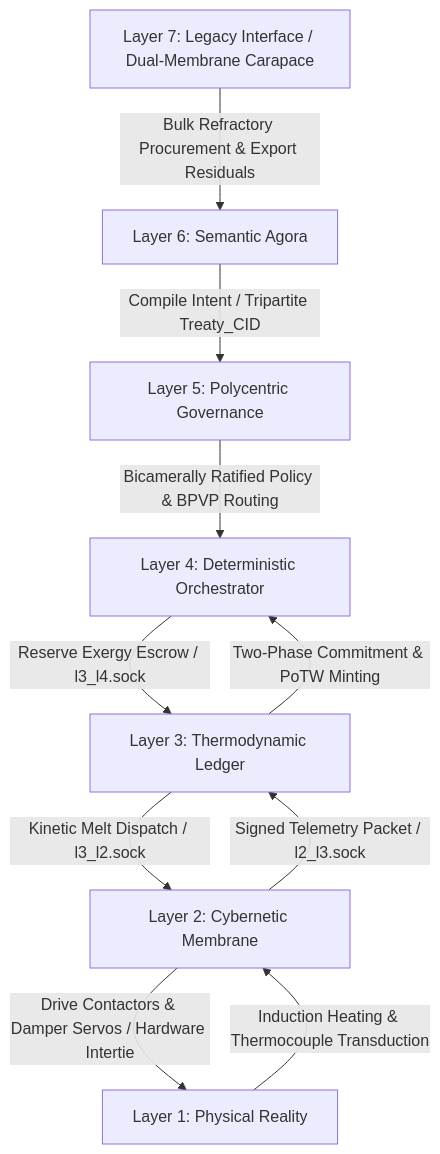
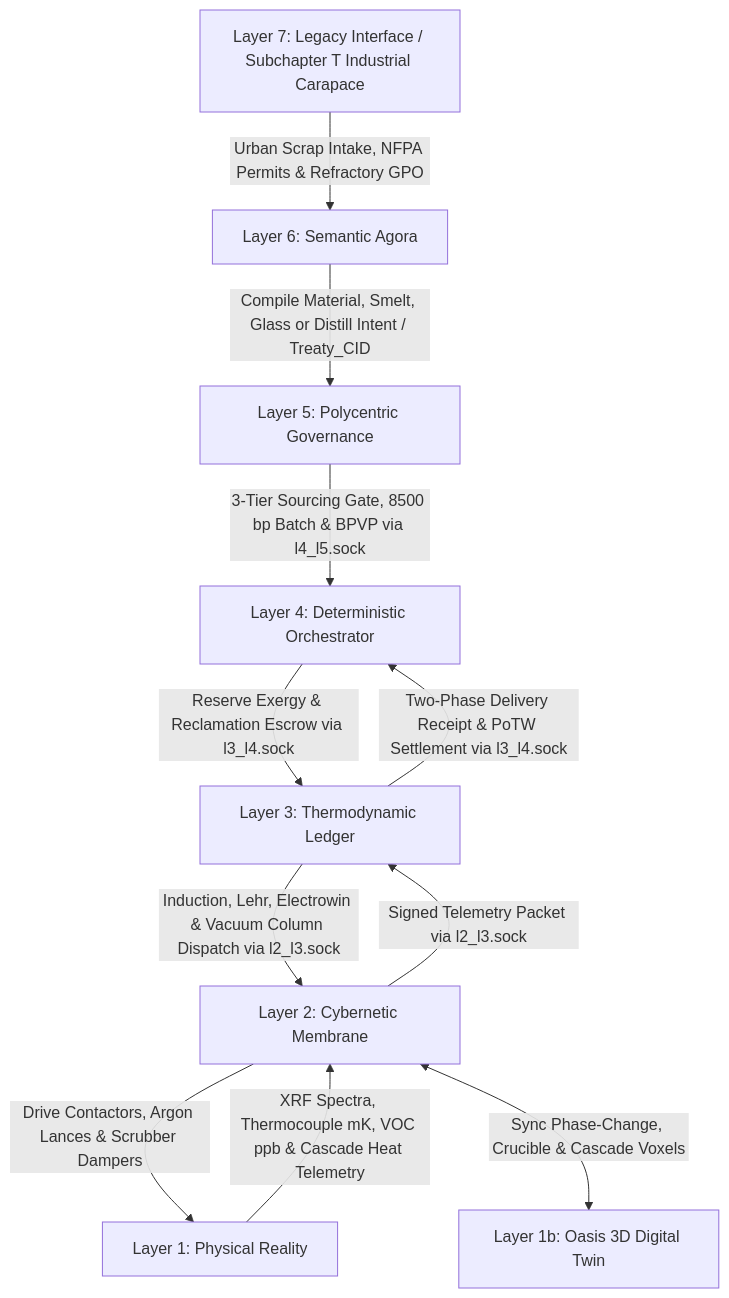
The first of 2 diagrams in docs/scenarios/theta_foundry.md (raffaine/collective), drawn with Mermaid before and after one commit. The commit also changed other lines of this file and 10 other files, not shown here.

````diff
--- a/docs/scenarios/theta_foundry.md
+++ b/docs/scenarios/theta_foundry.md
@@ -41,12 +109,13 @@
 ```mermaid
 graph TD
-    L7[Layer 7: Legacy Interface / Dual-Membrane Carapace] -->|Bulk Refractory Procurement & Export Residuals| L6[Layer 6: Semantic Agora]
-    L6 -->|Compile Intent / Tripartite Treaty_CID| L5[Layer 5: Polycentric Governance]
-    L5 -->|Bicamerally Ratified Policy & BPVP Routing| L4[Layer 4: Deterministic Orchestrator]
-    L4 -->|Reserve Exergy Escrow / l3_l4.sock| L3[Layer 3: Thermodynamic Ledger]
-    L3 -->|Kinetic Melt Dispatch / l3_l2.sock| L2[Layer 2: Cybernetic Membrane]
-    L2 -->|Drive Contactors & Damper Servos / Hardware Intertie| L1[Layer 1: Physical Reality]
-    L1 -->|Induction Heating & Thermocouple Transduction| L2
-    L2 -->|Signed Telemetry Packet / l2_l3.sock| L3
-    L3 -->|Two-Phase Commitment & PoTW Minting| L4
+    L7[Layer 7: Legacy Interface / Subchapter T Industrial Carapace] -->|Urban Scrap Intake, NFPA Permits & Refractory GPO| L6[Layer 6: Semantic Agora]
+    L6 -->|Compile Material, Smelt, Glass or Distill Intent / Treaty_CID| L5[Layer 5: Polycentric Governance]
+    L5 -->|3-Tier Sourcing Gate, 8500 bp Batch & BPVP via l4_l5.sock| L4[Layer 4: Deterministic Orchestrator]
+    L4 -->|Reserve Exergy & Reclamation Escrow via l3_l4.sock| L3[Layer 3: Thermodynamic Ledger]
+    L3 -->|Induction, Lehr, Electrowin & Vacuum Column Dispatch via l2_l3.sock| L2[Layer 2: Cybernetic Membrane]
+    L2 -->|Drive Contactors, Argon Lances & Scrubber Dampers| L1[Layer 1: Physical Reality]
+    L2 <-->|Sync Phase-Change, Crucible & Cascade Voxels| L1b[Layer 1b: Oasis 3D Digital Twin]
+    L1 -->|XRF Spectra, Thermocouple mK, VOC ppb & Cascade Heat Telemetry| L2
+    L2 -->|Signed Telemetry Packet via l2_l3.sock| L3
+    L3 -->|Two-Phase Delivery Receipt & PoTW Settlement via l3_l4.sock| L4
 ```
````
